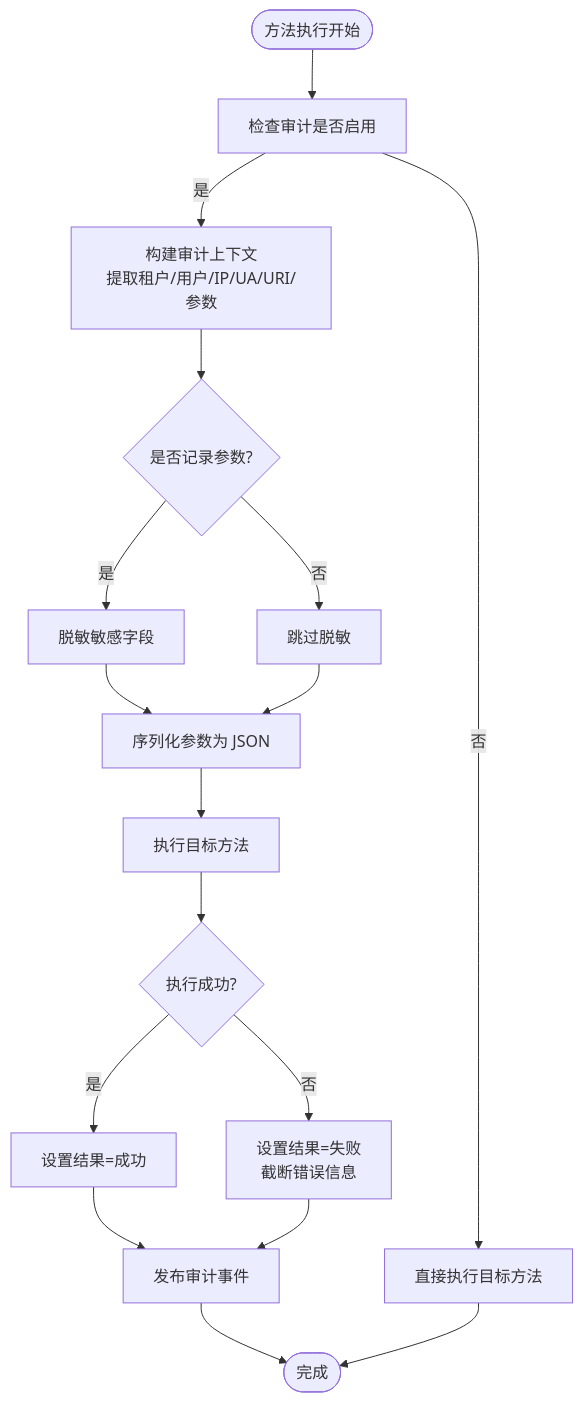
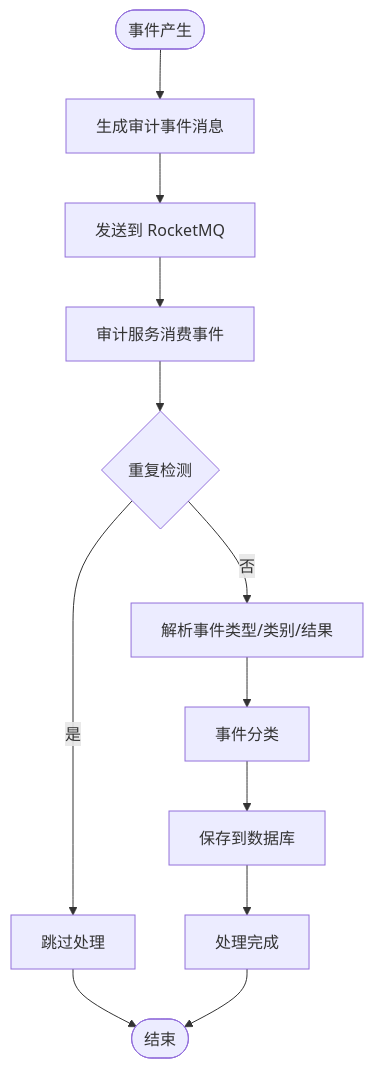
Before and after one commit to fq0121104930716/iam-platform: the fifth of 9 diagrams in .qoder/repowiki/zh/content/数据库设计/数据库架构/审计日志表.md, drawn with Mermaid. The commit also changed other lines of this file and 219 other files, not shown here.

````diff
--- a/.qoder/repowiki/zh/content/数据库设计/数据库架构/审计日志表.md
+++ b/.qoder/repowiki/zh/content/数据库设计/数据库架构/审计日志表.md
@@ -244,19 +293,14 @@
 ```mermaid
 flowchart TD
-Start(["方法执行开始"]) --> CheckEnabled["检查审计是否启用"]
-CheckEnabled --> |否| Proceed["直接执行目标方法"]
-CheckEnabled --> |是| BuildCtx["构建审计上下文<br/>提取租户/用户/IP/UA/URI/参数"]
-BuildCtx --> LogParams{"是否记录参数?"}
-LogParams --> |是| Mask["脱敏敏感字段"]
-LogParams --> |否| SkipMask["跳过脱敏"]
-Mask --> ToJson["序列化参数为 JSON"]
-SkipMask --> ToJson
-ToJson --> TryExec["执行目标方法"]
-TryExec --> OnSuccess{"执行成功?"}
-OnSuccess --> |是| MarkSuccess["设置结果=成功"]
-OnSuccess --> |否| MarkFail["设置结果=失败<br/>截断错误信息"]
-MarkSuccess --> Publish["发布审计事件"]
-MarkFail --> Publish
-Publish --> End(["完成"])
-Proceed --> End
+Start(["事件产生"]) --> GenMsg["生成审计事件消息"]
+GenMsg --> SendMQ["发送到 RocketMQ"]
+SendMQ --> Consume["审计服务消费事件"]
+Consume --> Dedup{"重复检测"}
+Dedup --> |是| Skip["跳过处理"]
+Dedup --> |否| Parse["解析事件类型/类别/结果"]
+Parse --> Classify["事件分类"]
+Classify --> Save["保存到数据库"]
+Save --> Success["处理完成"]
+Skip --> End(["结束"])
+Success --> End
 ```
````
